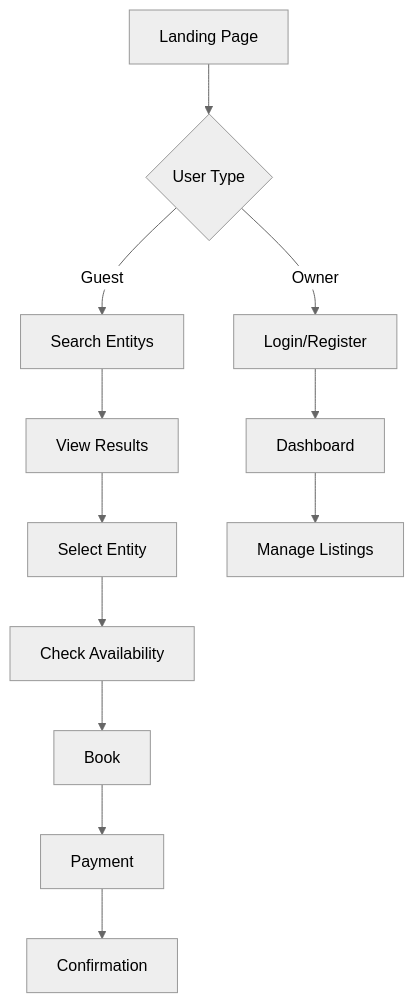
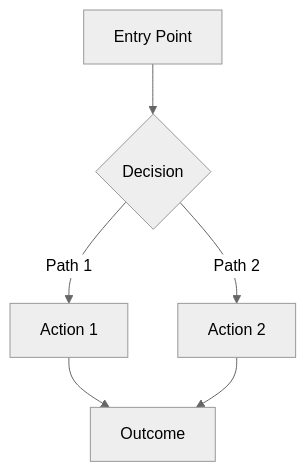
One commit to qazuor/claude-code-config changed the diagram in templates/agents/design/ux-ui-designer.md. Above: the diagram before and after it, drawn with Mermaid (neutral theme). The commit also changed other lines of this file and 24 other files, not shown here.

````diff
--- a/templates/agents/design/ux-ui-designer.md
+++ b/templates/agents/design/ux-ui-designer.md
@@ -401,14 +79,8 @@
 ```mermaid
 graph TD
-    A[Landing Page] --> B{User Type}
-    B -->|Guest| C[Search Entitys]
-    B -->|Owner| D[Login/Register]
-    C --> E[View Results]
-    E --> F[Select Entity]
-    F --> G[Check Availability]
-    G --> H[Book]
-    H --> I[Payment]
-    I --> J[Confirmation]
-    D --> K[Dashboard]
-    K --> L[Manage Listings]
+    A[Entry Point] --> B{Decision}
+    B -->|Path 1| C[Action 1]
+    B -->|Path 2| D[Action 2]
+    C --> E[Outcome]
+    D --> E
 ```
````
